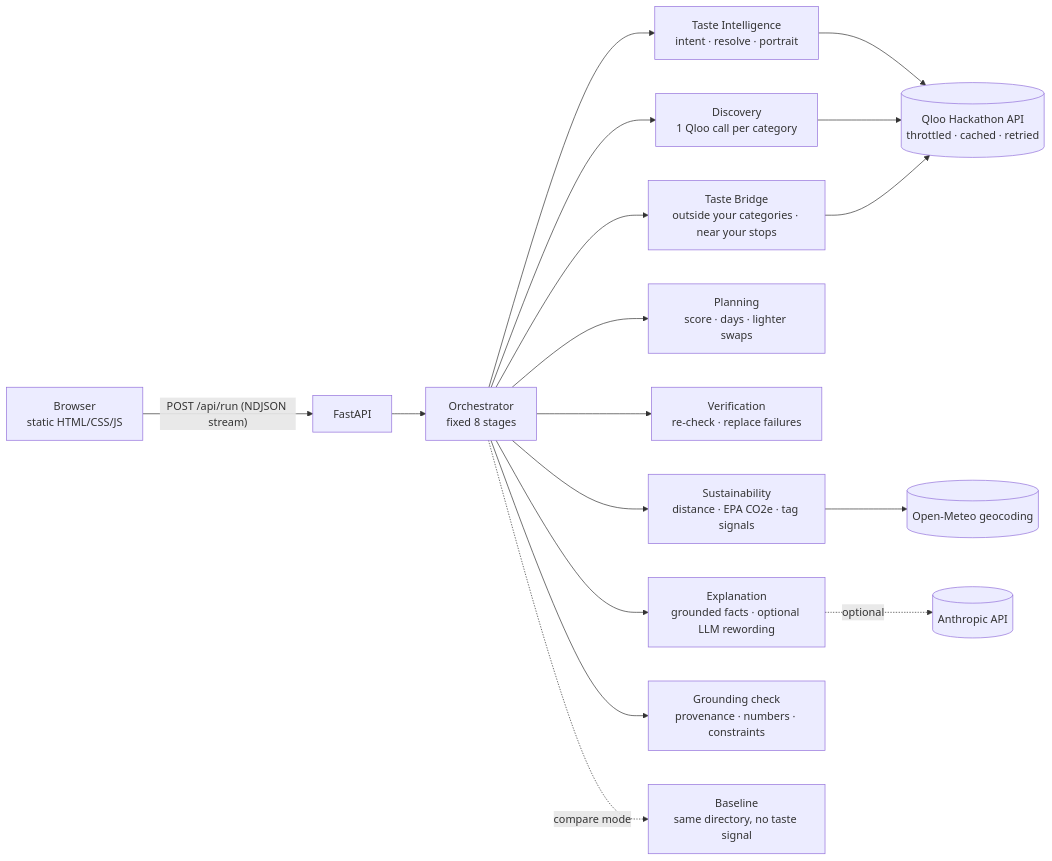
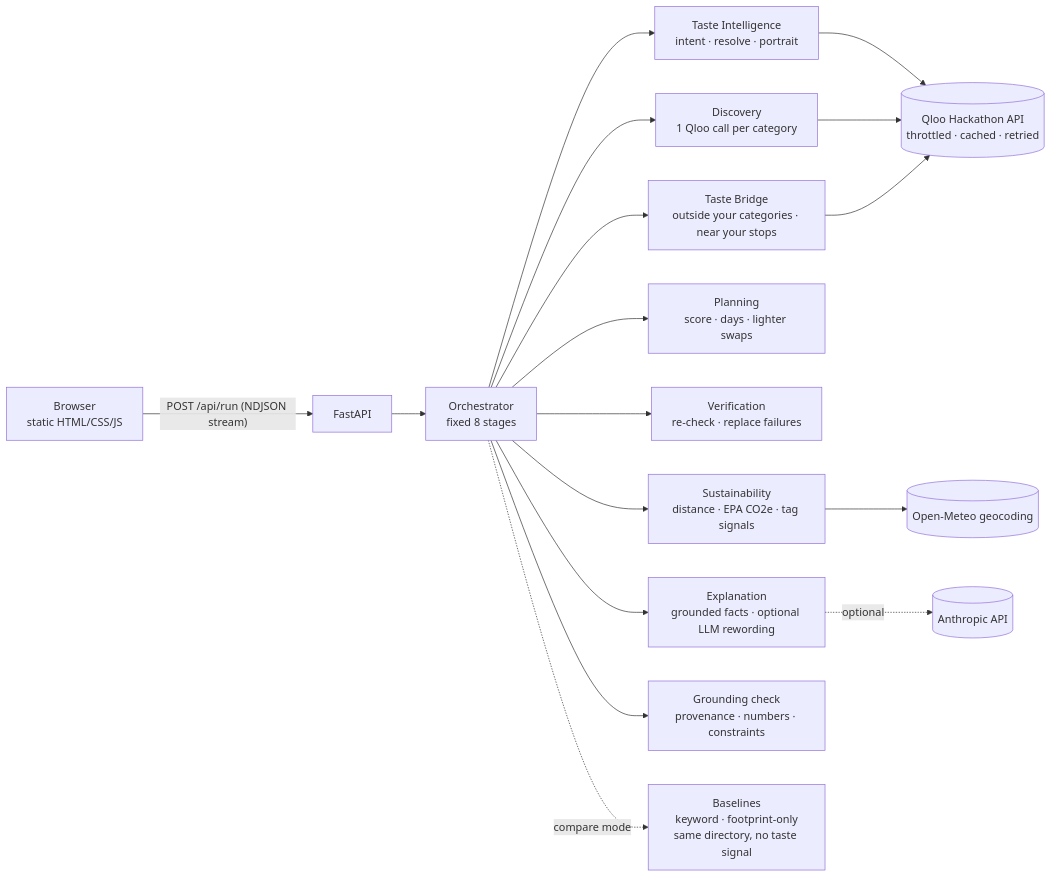
Before and after one commit to jaharilockett81/earthpulse-ai: the diagram in README.md, drawn with Mermaid. The commit also changed other lines of this file and 6 other files, not shown here.

````diff
--- a/README.md
+++ b/README.md
@@ -75,17 +91,17 @@
 ```mermaid
 flowchart LR
     U[Browser<br/>static HTML/CSS/JS] -- "POST /api/run (NDJSON stream)" --> API[FastAPI]
     API --> O[Orchestrator<br/>fixed 8 stages]
     O --> T[Taste Intelligence<br/>intent · resolve · portrait]
     O --> D[Discovery<br/>1 Qloo call per category]
     O --> S[Sustainability<br/>distance · EPA CO2e · tag signals]
     O --> P[Planning<br/>score · days · lighter swaps]
     O --> V[Verification<br/>re-check · replace failures]
     O --> E[Explanation<br/>grounded facts · optional LLM rewording]
     O --> TB[Taste Bridge<br/>outside your categories · near your stops]
     O --> GR[Grounding check<br/>provenance · numbers · constraints]
     T & D & TB --> Q[(Qloo Hackathon API<br/>throttled · cached · retried)]
     S --> G[(Open-Meteo geocoding)]
     E -.optional.-> L[(Anthropic API)]
-    O -. compare mode .-> B[Baseline<br/>same directory, no taste signal]
+    O -. compare mode .-> B[Baselines<br/>keyword · footprint-only<br/>same directory, no taste signal]
 ```
````
